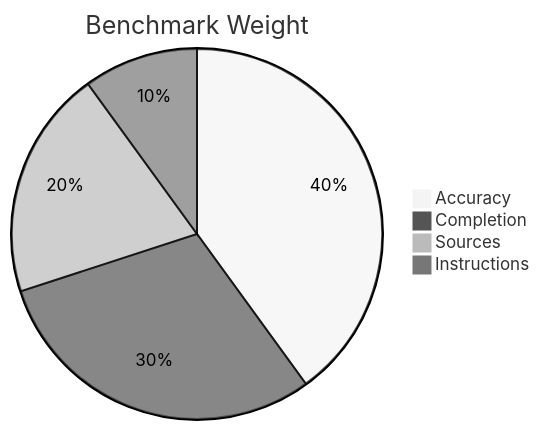
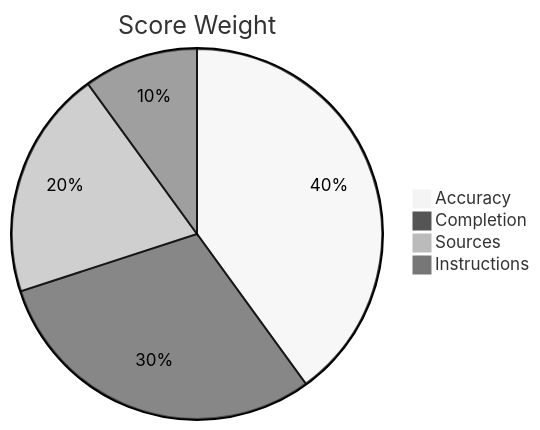
One commit to mahik2007/hackathon changed diagram 11 of 17 in README.md. Above: the diagram before and after it, drawn with Mermaid (neutral theme). The commit also changed other lines of this file, not shown here.

First line of the commit message:
Revise README structure and enhance diagrams

````diff
--- a/README.md
+++ b/README.md
@@ -167,7 +257,7 @@
 ```mermaid
-pie title Benchmark Weight
-"Accuracy" : 40
-"Completion" : 30
-"Sources" : 20
-"Instructions" : 10
+pie title Score Weight
+    "Accuracy" : 40
+    "Completion" : 30
+    "Sources" : 20
+    "Instructions" : 10
 ```
````
